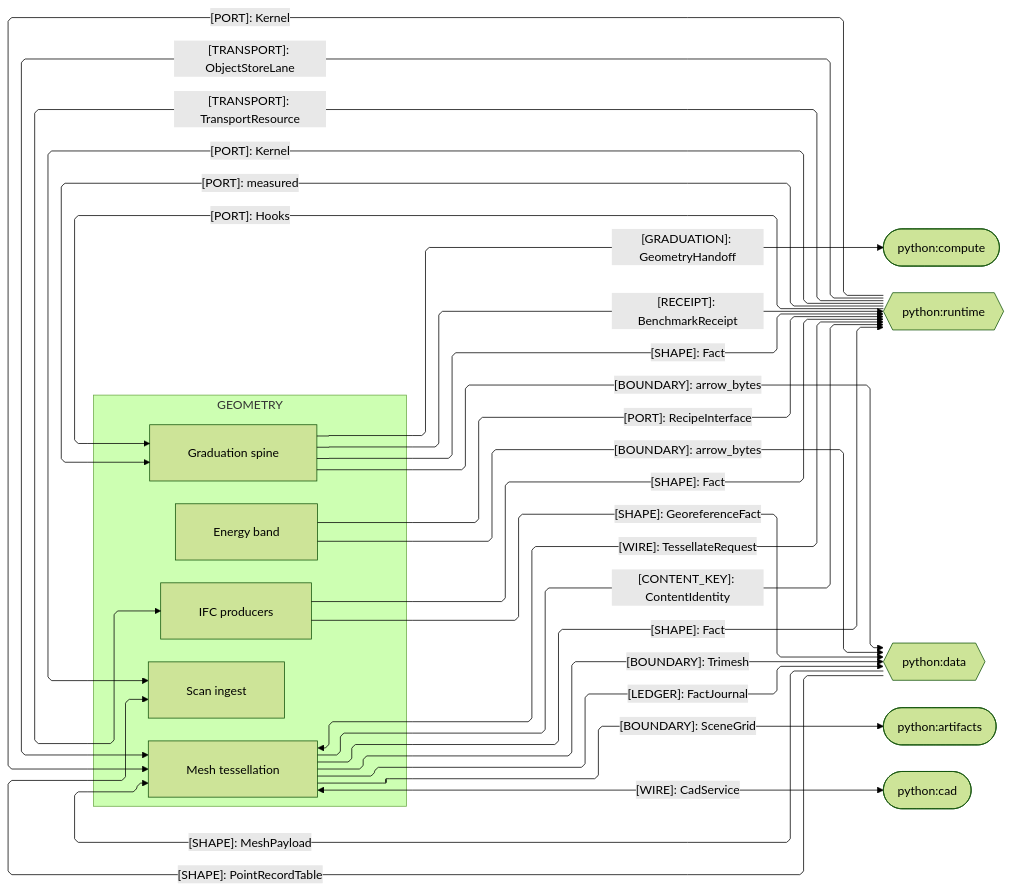
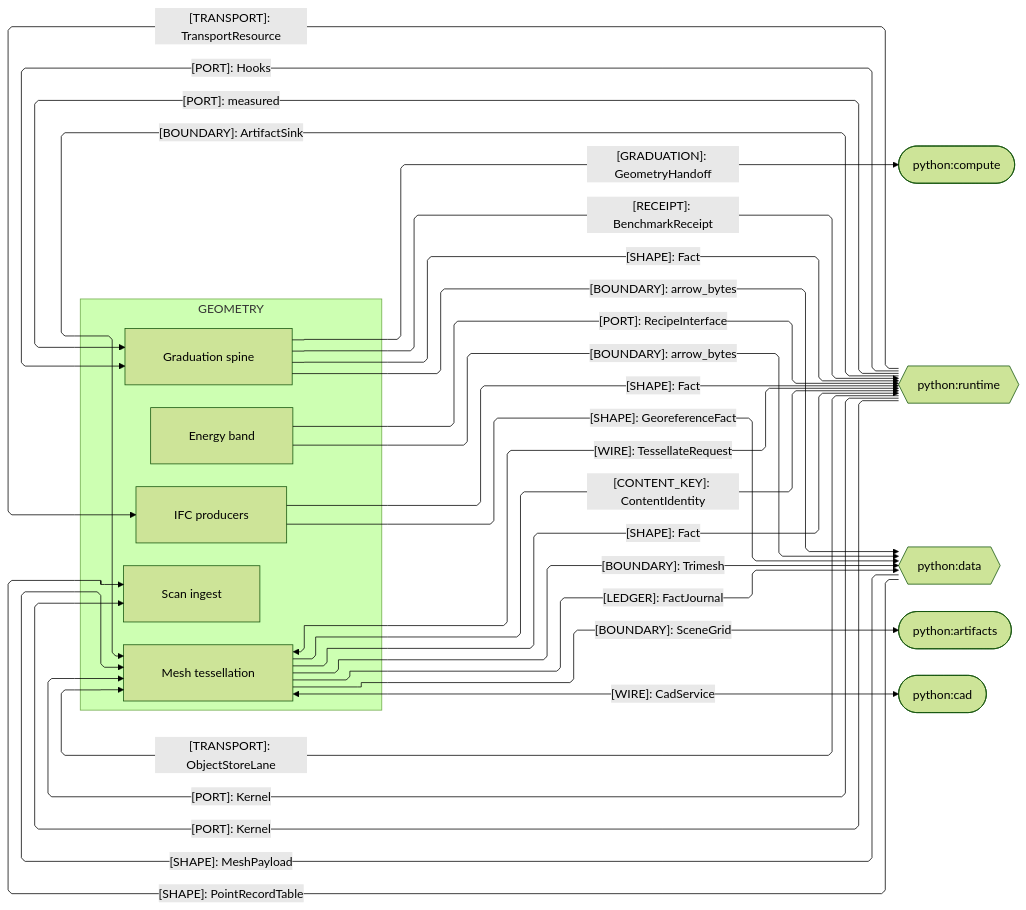
The third of 4 diagrams in libs/python/geometry/ARCHITECTURE.md (bsamiee/Rasm), drawn with Mermaid (forest theme) before and after one commit. The commit also changed 522 other files, not shown here.

````diff
--- a/libs/python/geometry/ARCHITECTURE.md
+++ b/libs/python/geometry/ARCHITECTURE.md
@@ -121,47 +121,48 @@
 ```mermaid
 ---
 config:
   layout: elk
   flowchart:
     curve: linear
     padding: 25
 ---
 flowchart LR
     accTitle: Geometry Python sibling seams
     accDescr: Geometry sub-domain owners exchanging graduation receipts, payloads, ports, and kernel crossings with the Python siblings.
     subgraph geometry[GEOMETRY]
         Graduation[Graduation spine]
         Mesh[Mesh tessellation]
         Ifc[IFC producers]
         Scan[Scan ingest]
         Energy[Energy band]
     end
     Compute([python:compute])
     Runtime{{python:runtime}}
     Data{{python:data}}
     Artifacts([python:artifacts])
     Cad([python:cad])
     Graduation e1@-->|"[GRADUATION]: GeometryHandoff"| Compute
     Graduation e2@-->|"[BOUNDARY]: arrow_bytes"| Data
     Mesh e3@<-->|"[WIRE]: TessellateRequest"| Runtime
     Mesh e4@-->|"[CONTENT_KEY]: ContentIdentity"| Runtime
     Data e5@-->|"[SHAPE]: MeshPayload"| Mesh
     Mesh e6@-->|"[BOUNDARY]: Trimesh"| Data
     Mesh e7@-->|"[BOUNDARY]: SceneGrid"| Artifacts
     Data e8@-->|"[SHAPE]: PointRecordTable"| Scan
     Energy e9@-->|"[PORT]: RecipeInterface"| Runtime
     Energy e10@-->|"[BOUNDARY]: arrow_bytes"| Data
     Graduation e11@-->|"[RECEIPT]: BenchmarkReceipt"| Runtime
     Runtime e12@-->|"[TRANSPORT]: ObjectStoreLane"| Mesh
     Mesh e13@-->|"[LEDGER]: FactJournal"| Data
     Graduation e14@-->|"[SHAPE]: Fact"| Runtime
     Ifc e15@-->|"[SHAPE]: GeoreferenceFact"| Data
     Ifc e16@-->|"[SHAPE]: Fact"| Runtime
     Mesh e17@-->|"[SHAPE]: Fact"| Runtime
     Runtime e18@-->|"[PORT]: Kernel"| Mesh
     Runtime e19@-->|"[PORT]: Kernel"| Scan
     Runtime e20@-->|"[PORT]: measured"| Graduation
     Runtime e21@-->|"[PORT]: Hooks"| Graduation
     Runtime e22@-->|"[TRANSPORT]: TransportResource"| Ifc
     Mesh e23@<-->|"[WIRE]: CadService"| Cad
+    Runtime e24@-->|"[BOUNDARY]: ArtifactSink"| Mesh
 ```
````
